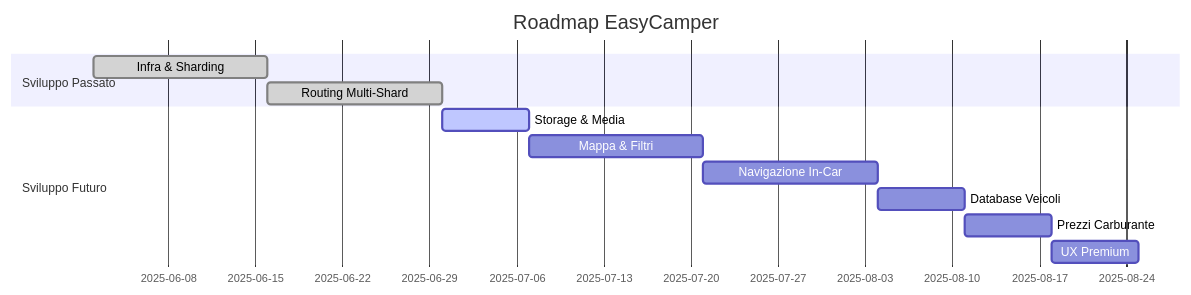
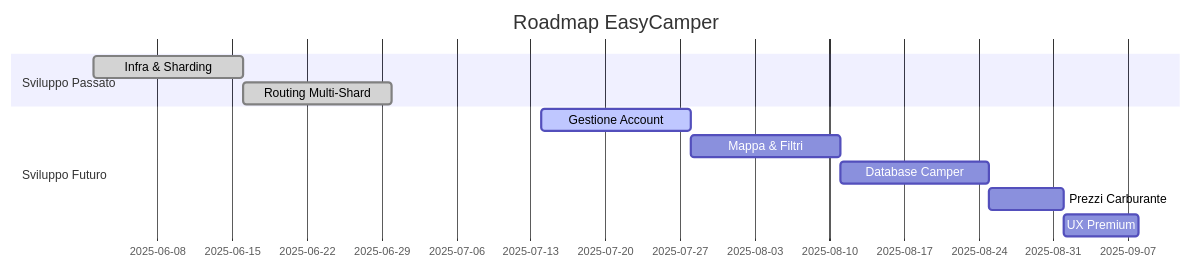
One commit to bubino/easycamper changed the diagram in server/docs/roadmap.md. Above: the diagram before and after it, drawn with Mermaid. The commit also changed other lines of this file, not shown here.

First line of the commit message:
docs: update roadmap with camper van and autocaravan database focus

````diff
--- a/server/docs/roadmap.md
+++ b/server/docs/roadmap.md
@@ -115,18 +137,17 @@
 ```mermaid
 gantt
     title Roadmap EasyCamper
     dateFormat  YYYY-MM-DD
     axisFormat  %Y-%m-%d
 
     section Sviluppo Passato
     Infra & Sharding      :done, 2025-06-02, 14d
     Routing Multi-Shard   :done, 2025-06-16, 14d
 
     section Sviluppo Futuro
-    Storage & Media       :active, 2025-06-30, 7d
-    Mappa & Filtri        :2025-07-07, 14d
-    Navigazione In-Car    :2025-07-21, 14d
-    Database Veicoli      :2025-08-04, 7d
-    Prezzi Carburante     :2025-08-11, 7d
-    UX Premium            :2025-08-18, 7d
+    Gestione Account      :active, 2025-07-14, 14d
+    Mappa & Filtri        :2025-07-28, 14d
+    Database Camper       :2025-08-11, 14d
+    Prezzi Carburante     :2025-08-25, 7d
+    UX Premium            :2025-09-01, 7d
 ```
````
